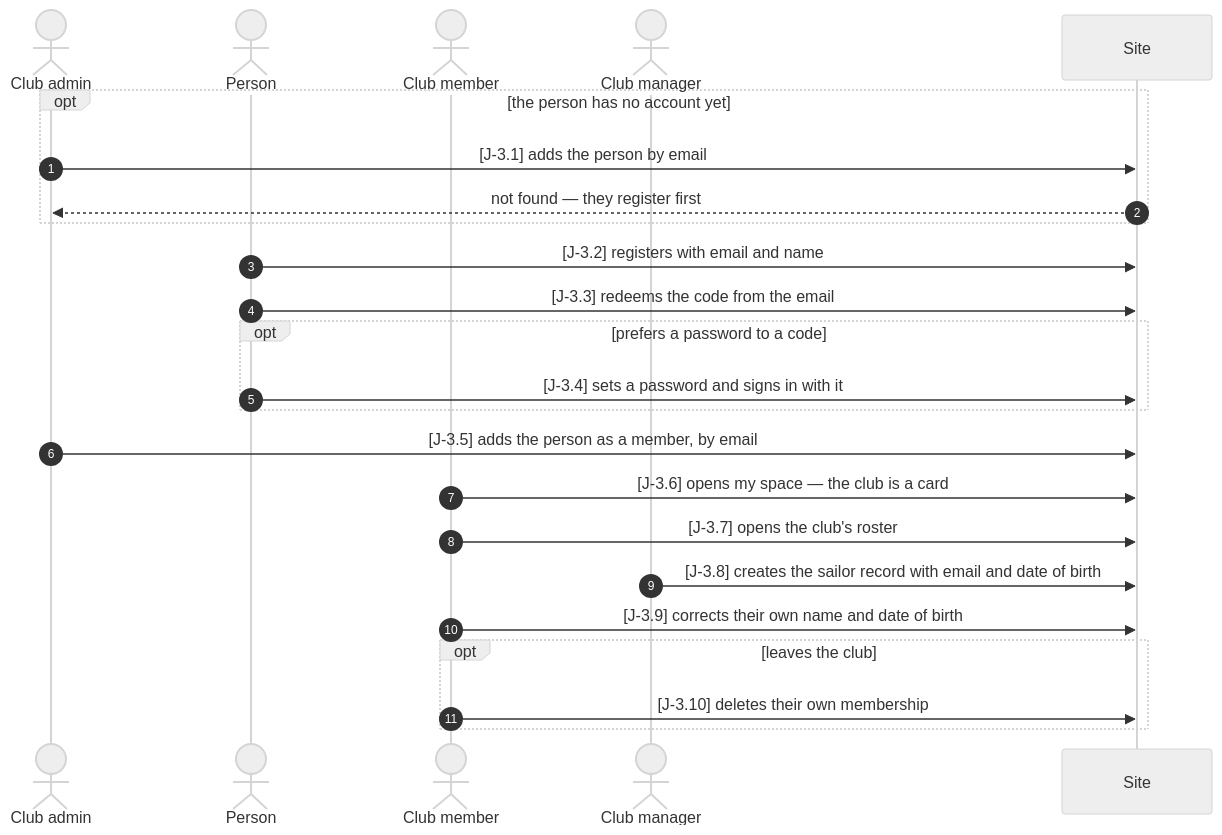
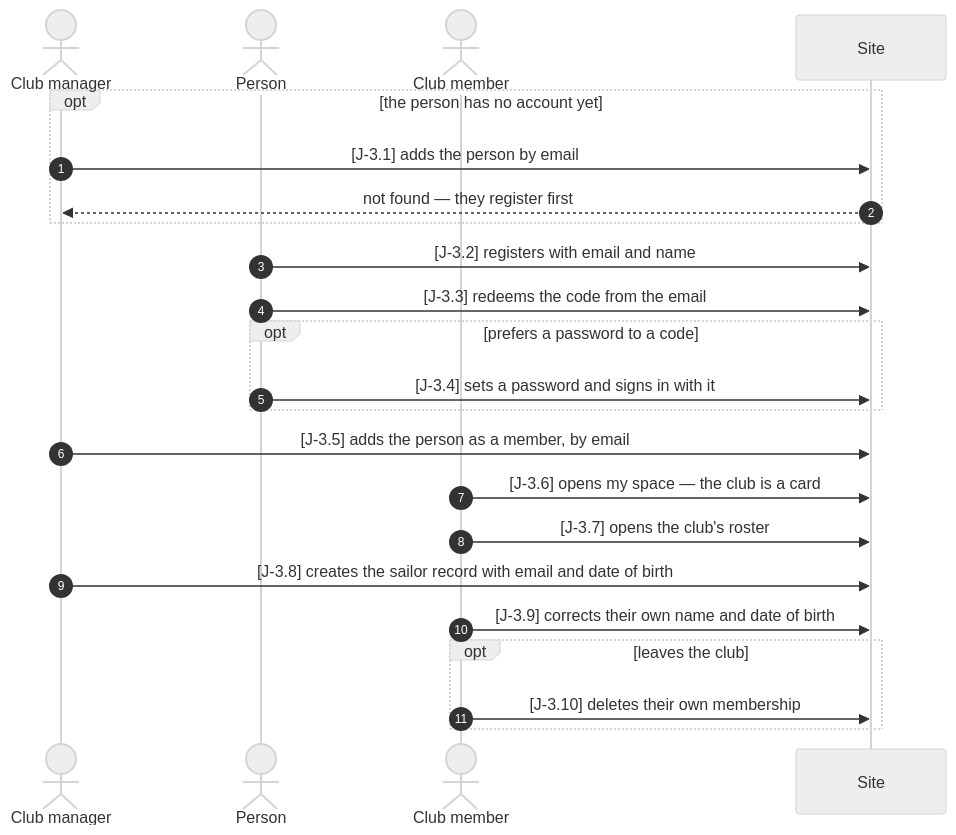
The diagram in docs/journeys/member.md (gundramleifert/segel-bundesliga), drawn with Mermaid (neutral theme) before and after one commit. The commit also changed other lines of this file and 6 other files, not shown here.

First line of the commit message:
Journeys: club admin and club manager are one actor

````diff
--- a/docs/journeys/member.md
+++ b/docs/journeys/member.md
@@ -13,27 +13,26 @@
 ```mermaid
 sequenceDiagram
   autonumber
-  actor CA as Club admin
+  actor CM as Club manager
   actor N as Person
   actor M as Club member
-  actor CM as Club manager
   participant P as Site
 
   opt the person has no account yet
-    CA->>P: [J-3.1] adds the person by email
-    P-->>CA: not found — they register first
+    CM->>P: [J-3.1] adds the person by email
+    P-->>CM: not found — they register first
   end
   N->>P: [J-3.2] registers with email and name
   N->>P: [J-3.3] redeems the code from the email
   opt prefers a password to a code
     N->>P: [J-3.4] sets a password and signs in with it
   end
-  CA->>P: [J-3.5] adds the person as a member, by email
+  CM->>P: [J-3.5] adds the person as a member, by email
   M->>P: [J-3.6] opens my space — the club is a card
   M->>P: [J-3.7] opens the club's roster
   CM->>P: [J-3.8] creates the sailor record with email and date of birth
   M->>P: [J-3.9] corrects their own name and date of birth
   opt leaves the club
     M->>P: [J-3.10] deletes their own membership
   end
 ```
````
